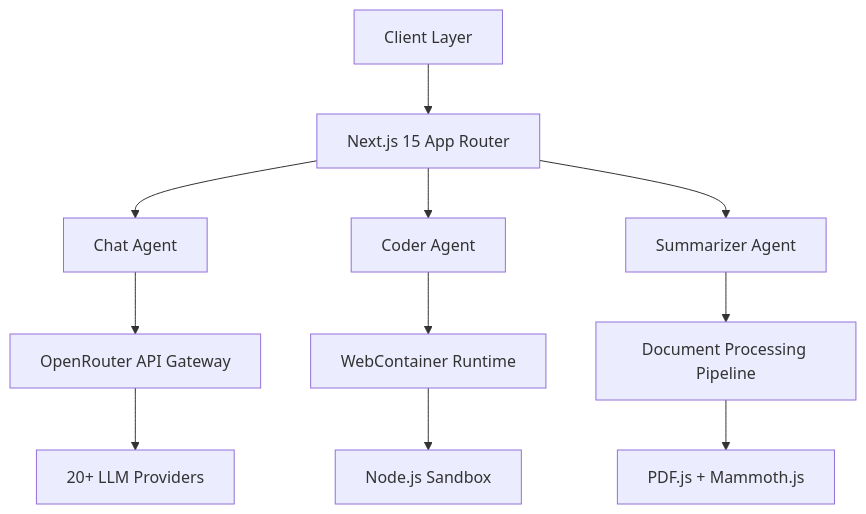
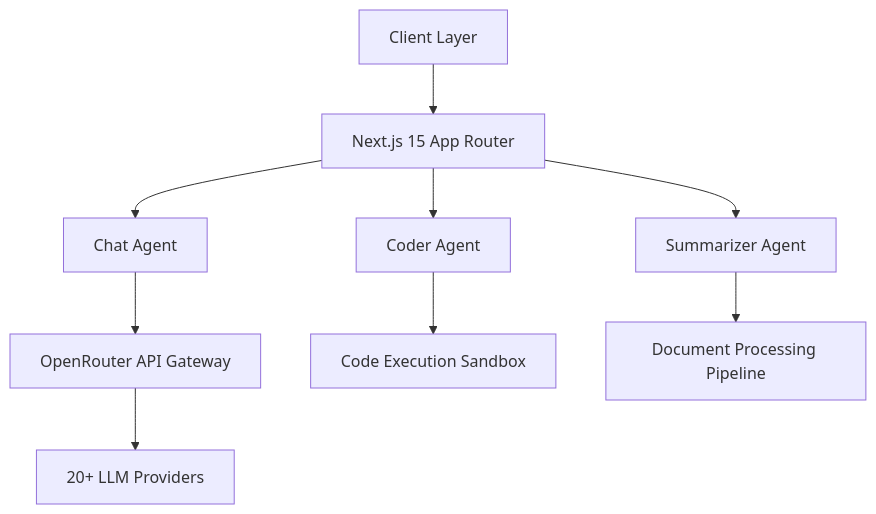
Before and after one commit to Suryanshu-Nabheet/AiBoT: the diagram in README.md, drawn with Mermaid. The commit also changed other lines of this file and 5 other files, not shown here.

Commit message:
docs: add comprehensive project documentation covering architecture, API, deployment, and features

````diff
--- a/README.md
+++ b/README.md
@@ -29,13 +28,11 @@
 ```mermaid
 graph TB
     A[Client Layer] --> B[Next.js 15 App Router]
     B --> C[Chat Agent]
     B --> D[Coder Agent]
     B --> E[Summarizer Agent]
     C --> F[OpenRouter API Gateway]
-    D --> G[WebContainer Runtime]
+    D --> G[Code Execution Sandbox]
     E --> H[Document Processing Pipeline]
     F --> I[20+ LLM Providers]
-    G --> J[Node.js Sandbox]
-    H --> K[PDF.js + Mammoth.js]
 ```
````
